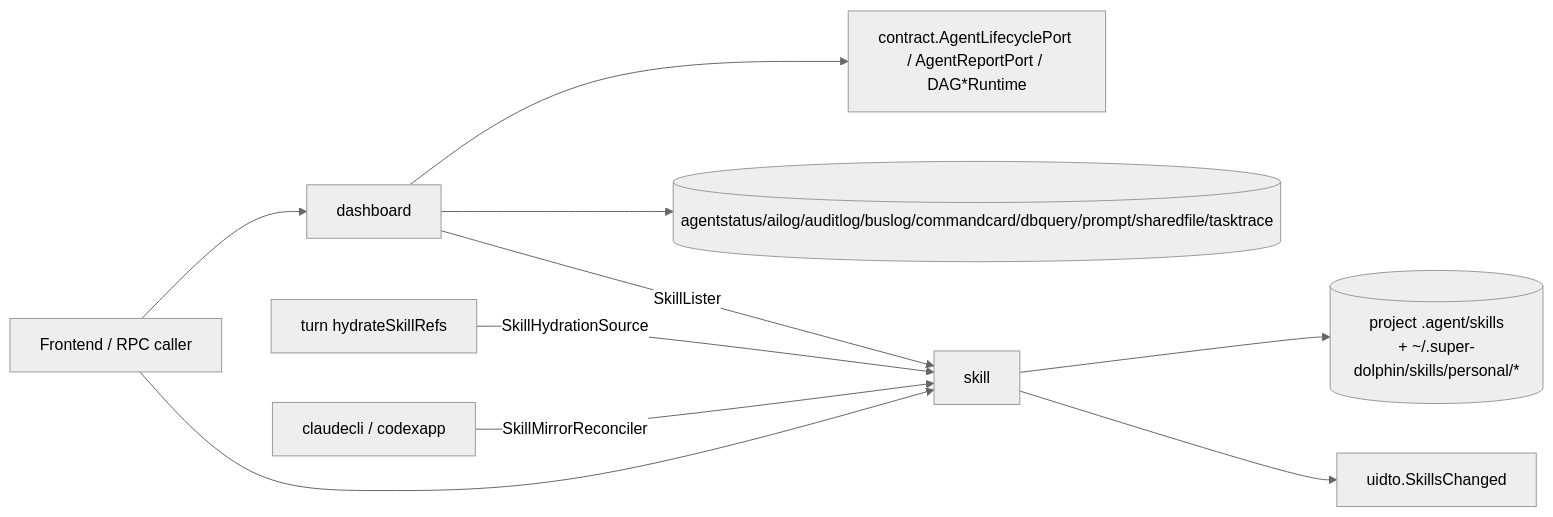
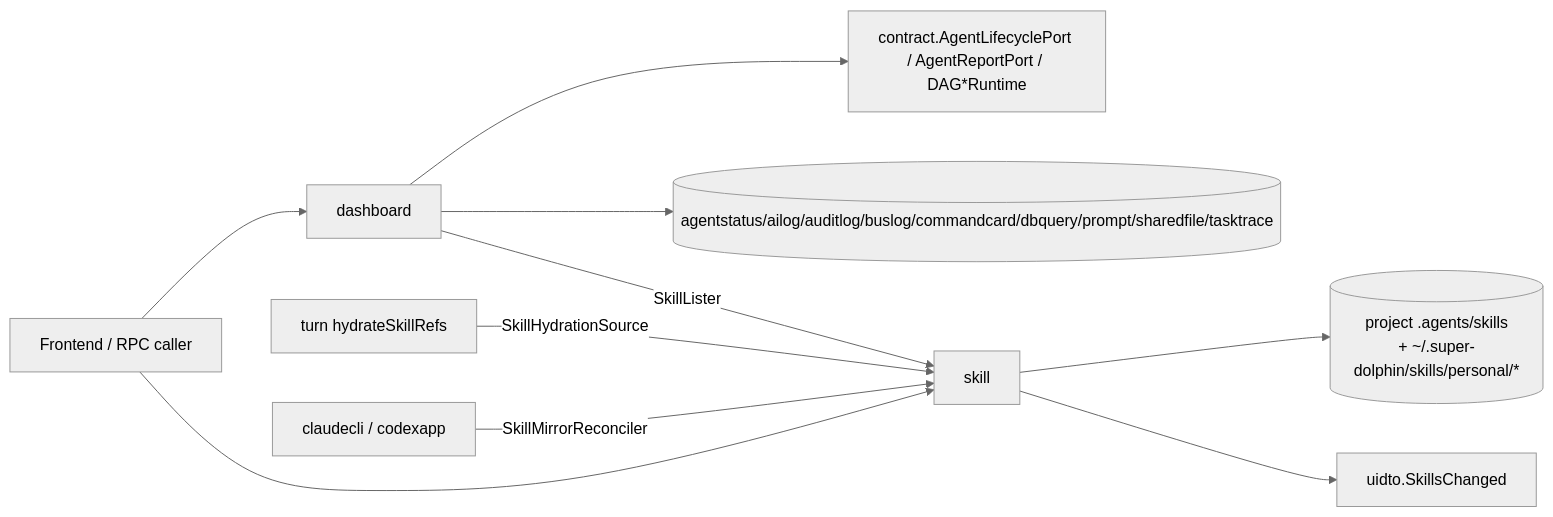
Before and after one commit to lihah111222333-cloud/Super-Dolphin-Agent-Cockpit: the first of 7 diagrams in docs/doc/codemap/07-module-read.md, drawn with Mermaid (neutral theme). The commit also changed other lines of this file and 32 other files, not shown here.

````diff
--- a/docs/doc/codemap/07-module-read.md
+++ b/docs/doc/codemap/07-module-read.md
@@ -15,12 +15,12 @@
 ```mermaid
 flowchart LR
     UI[Frontend / RPC caller] --> DASH[dashboard]
     UI --> SKILL[skill]
     DASH --> ORCH[contract.AgentLifecyclePort / AgentReportPort / DAG*Runtime]
     DASH --> STORES[(agentstatus/ailog/auditlog/buslog/commandcard/dbquery/prompt/sharedfile/tasktrace)]
     DASH -->|SkillLister| SKILL
-    SKILL --> ROOTS[(project .agent/skills\n+ ~/.super-dolphin/skills/personal/*)]
+    SKILL --> ROOTS[(project .agents/skills\n+ ~/.super-dolphin/skills/personal/*)]
     SKILL --> EVENTS[uidto.SkillsChanged]
     TURN[turn hydrateSkillRefs] -->|SkillHydrationSource| SKILL
     PROVIDERS[claudecli / codexapp] -->|SkillMirrorReconciler| SKILL
 ```
````
